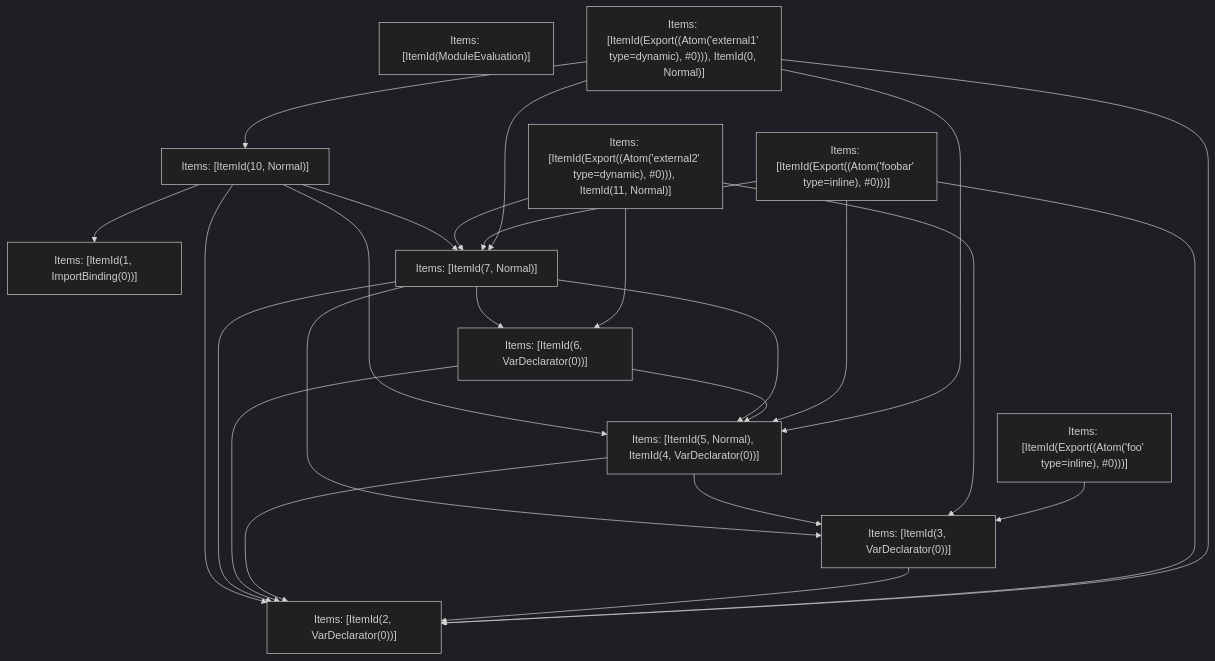
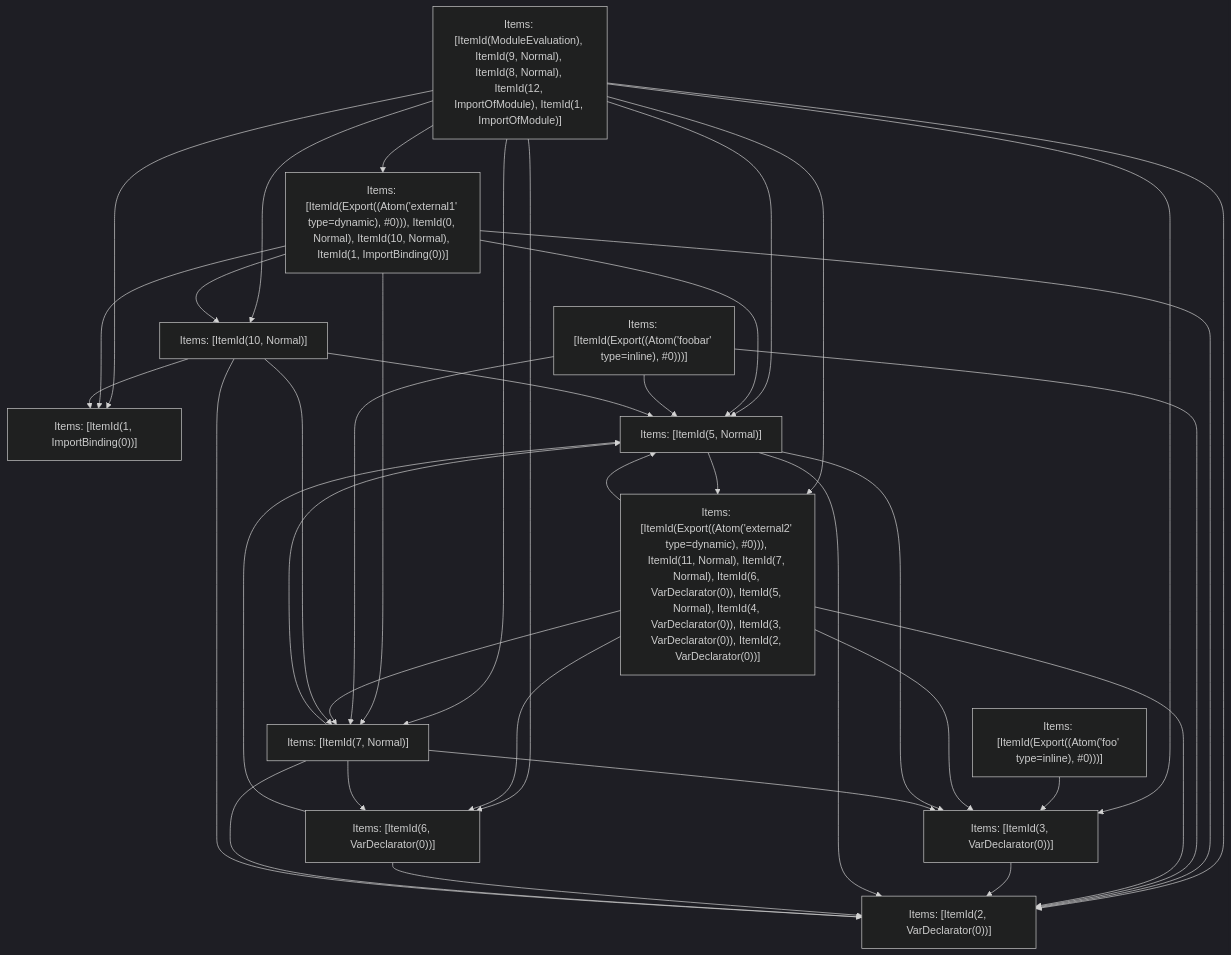
One commit to vercel/turborepo changed the fifth of 5 diagrams in crates/turbopack-ecmascript/tests/tree-shaker/analyzer/2/output.md. Above: the diagram before and after it, drawn with Mermaid (dark theme). The commit also changed other lines of this file and 3 other files, not shown here.

````diff
--- a/crates/turbopack-ecmascript/tests/tree-shaker/analyzer/2/output.md
+++ b/crates/turbopack-ecmascript/tests/tree-shaker/analyzer/2/output.md
@@ -359,39 +370,52 @@
 ```mermaid
 graph TD
-    N0["Items: [ItemId(ModuleEvaluation)]"];
-    N1["Items: [ItemId(Export((Atom('external1' type=dynamic), #0))), ItemId(0, Normal)]"];
+    N0["Items: [ItemId(ModuleEvaluation), ItemId(9, Normal), ItemId(8, Normal), ItemId(12, ImportOfModule), ItemId(1, ImportOfModule)]"];
+    N1["Items: [ItemId(Export((Atom('external1' type=dynamic), #0))), ItemId(0, Normal), ItemId(10, Normal), ItemId(1, ImportBinding(0))]"];
     N2["Items: [ItemId(Export((Atom('foobar' type=inline), #0)))]"];
     N3["Items: [ItemId(Export((Atom('foo' type=inline), #0)))]"];
-    N4["Items: [ItemId(Export((Atom('external2' type=dynamic), #0))), ItemId(11, Normal)]"];
+    N4["Items: [ItemId(Export((Atom('external2' type=dynamic), #0))), ItemId(11, Normal), ItemId(7, Normal), ItemId(6, VarDeclarator(0)), ItemId(5, Normal), ItemId(4, VarDeclarator(0)), ItemId(3, VarDeclarator(0)), ItemId(2, VarDeclarator(0))]"];
     N5["Items: [ItemId(1, ImportBinding(0))]"];
     N6["Items: [ItemId(2, VarDeclarator(0))]"];
     N7["Items: [ItemId(3, VarDeclarator(0))]"];
-    N8["Items: [ItemId(5, Normal), ItemId(4, VarDeclarator(0))]"];
+    N8["Items: [ItemId(5, Normal)]"];
     N9["Items: [ItemId(6, VarDeclarator(0))]"];
     N10["Items: [ItemId(7, Normal)]"];
     N11["Items: [ItemId(10, Normal)]"];
+    N0 --> N1;
+    N0 --> N5;
+    N0 --> N6;
+    N0 --> N8;
+    N0 --> N10;
+    N0 --> N7;
+    N0 --> N9;
+    N0 --> N4;
+    N0 --> N11;
     N1 --> N11;
     N1 --> N6;
     N1 --> N8;
     N1 --> N10;
+    N1 --> N5;
     N2 --> N6;
     N2 --> N8;
     N2 --> N10;
     N3 --> N7;
     N4 --> N7;
     N4 --> N9;
     N4 --> N10;
+    N4 --> N6;
+    N4 --> N8;
     N7 --> N6;
+    N8 --> N4;
     N8 --> N6;
     N8 --> N7;
     N9 --> N6;
     N9 --> N8;
     N10 --> N6;
     N10 --> N8;
     N10 --> N7;
     N10 --> N9;
     N11 --> N5;
     N11 --> N6;
     N11 --> N8;
     N11 --> N10;
 ```
````
